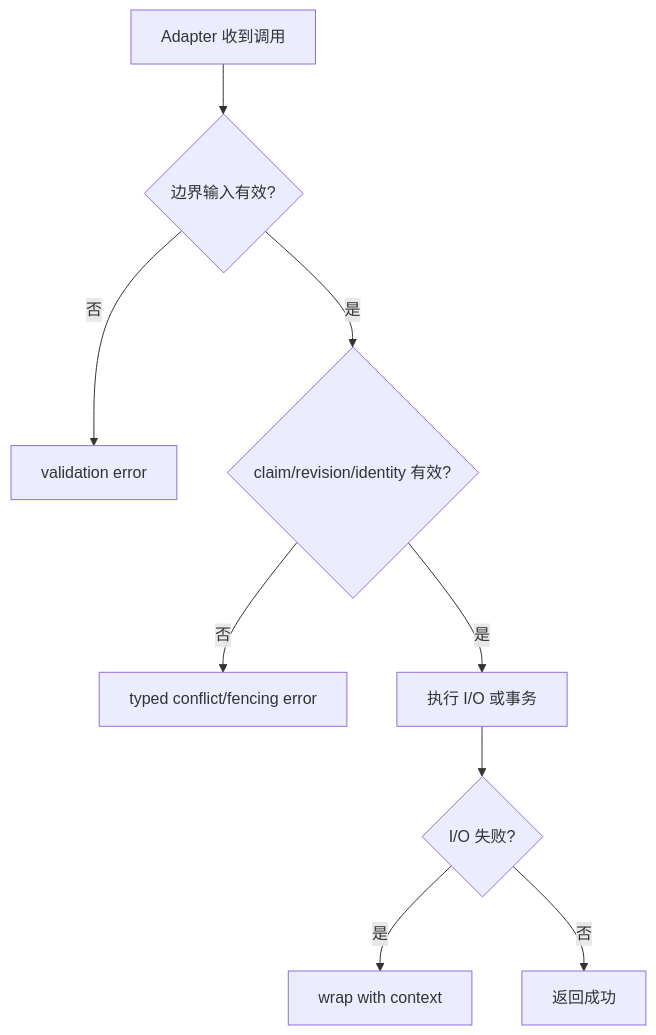
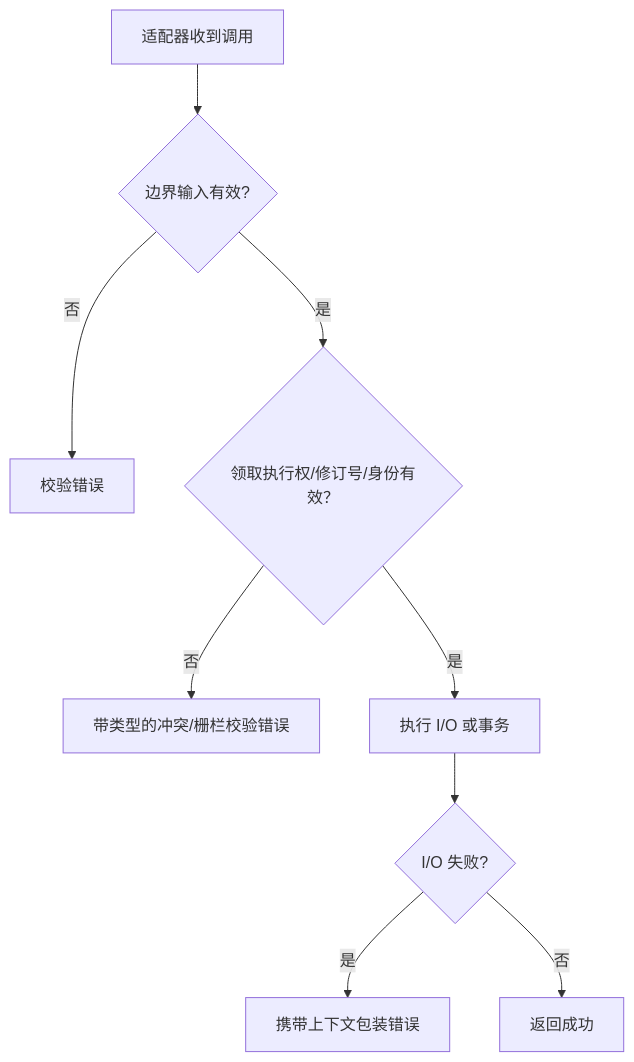
One commit to Capsule7446/healix-core changed the second of 2 diagrams in docs/integration/adapter-responsibilities.md. Above: the diagram before and after it, drawn with Mermaid. The commit also changed other lines of this file and 180 other files, not shown here.

````diff
--- a/docs/integration/adapter-responsibilities.md
+++ b/docs/integration/adapter-responsibilities.md
@@ -41,11 +42,11 @@
 ```mermaid
 flowchart TD
-  A[Adapter 收到调用] --> B{边界输入有效?}
-  B -- 否 --> E1[validation error]
-  B -- 是 --> C{claim/revision/identity 有效?}
-  C -- 否 --> E2[typed conflict/fencing error]
+  A[适配器收到调用] --> B{边界输入有效?}
+  B -- 否 --> E1[校验错误]
+  B -- 是 --> C{领取执行权/修订号/身份有效？}
+  C -- 否 --> E2[带类型的冲突/栅栏校验错误]
   C -- 是 --> D[执行 I/O 或事务]
   D --> F{I/O 失败?}
-  F -- 是 --> E3[wrap with context]
+  F -- 是 --> E3[携带上下文包装错误]
   F -- 否 --> G[返回成功]
 ```
````
